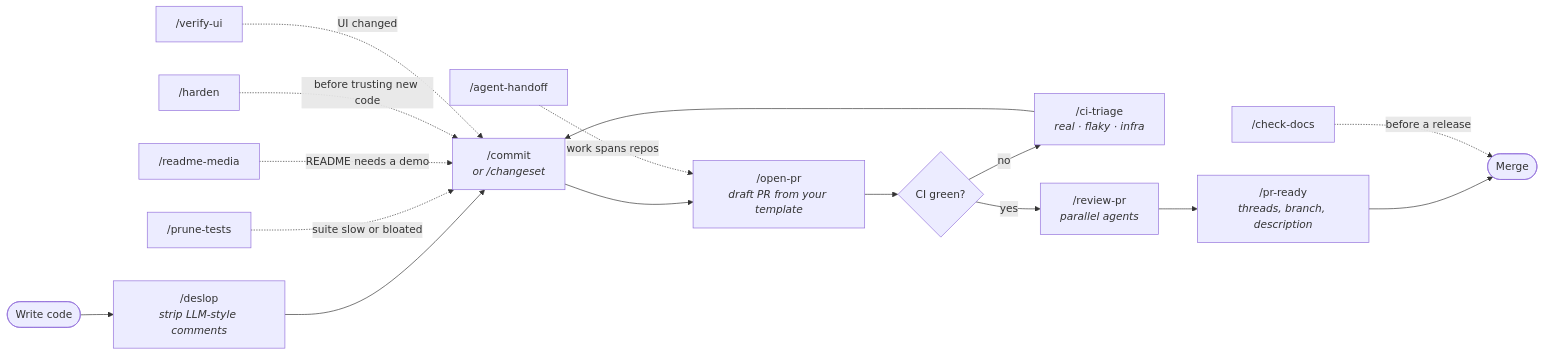
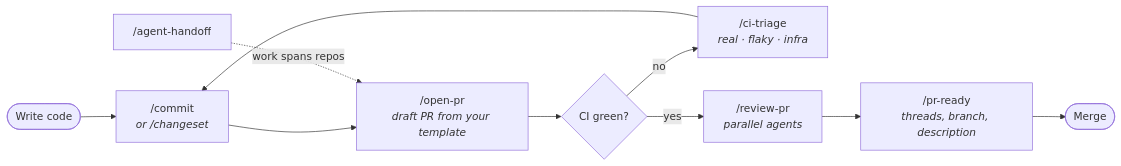
One commit to jmlweb/skills-monorepo changed the diagram in plugins/dev-workflow/README.md. Above: the diagram before and after it, drawn with Mermaid. The commit also changed other lines of this file and 86 other files, not shown here.

````diff
--- a/plugins/dev-workflow/README.md
+++ b/plugins/dev-workflow/README.md
@@ -18,18 +20,12 @@
 ```mermaid
 flowchart LR
-    W([Write code]) --> DS["/deslop<br/><i>strip LLM-style comments</i>"]
-    DS --> CM["/commit<br/><i>or /changeset</i>"]
+    W([Write code]) --> CM["/commit<br/><i>or /changeset</i>"]
     CM --> OP["/open-pr<br/><i>draft PR from your template</i>"]
     OP --> CI{CI green?}
     CI -- "no" --> TR["/ci-triage<br/><i>real · flaky · infra</i>"]
     TR --> CM
     CI -- "yes" --> RV["/review-pr<br/><i>parallel agents</i>"]
     RV --> PR["/pr-ready<br/><i>threads, branch, description</i>"]
     PR --> M([Merge])
-    DOC["/check-docs"] -. "before a release" .-> M
     HO["/agent-handoff"] -. "work spans repos" .-> OP
-    PT["/prune-tests"] -. "suite slow or bloated" .-> CM
-    RM["/readme-media"] -. "README needs a demo" .-> CM
-    HD["/harden"] -. "before trusting new code" .-> CM
-    VU["/verify-ui"] -. "UI changed" .-> CM
 ```
````
